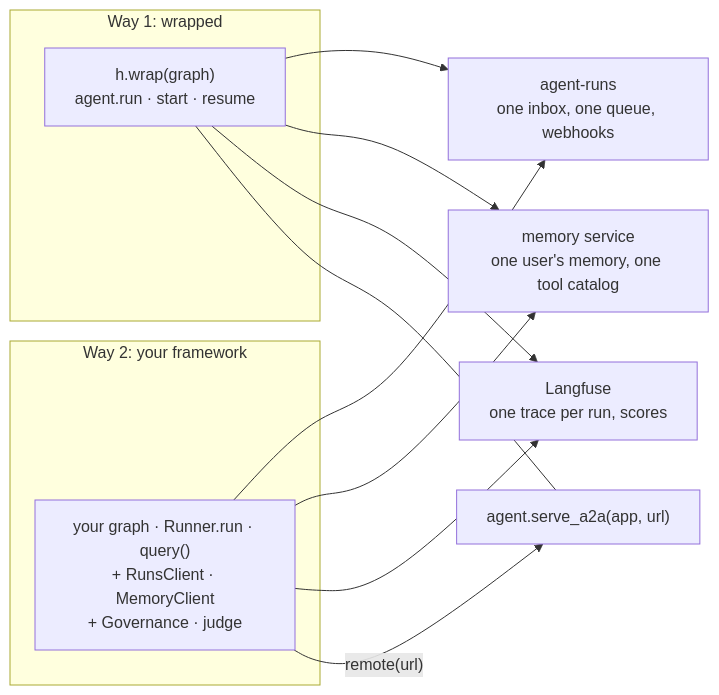
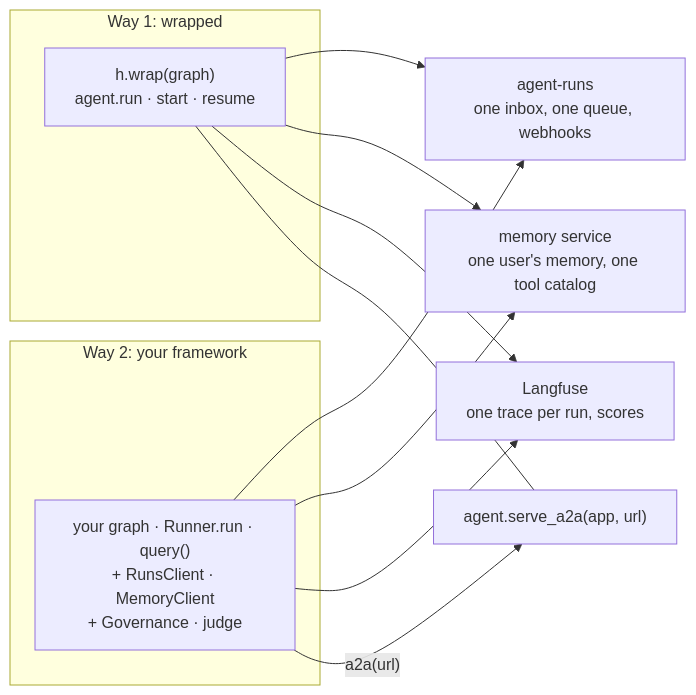
Before and after one commit to amitmohapatra/agent-harness: the diagram in docs/blocks/mixing.md, drawn with Mermaid. The commit also changed other lines of this file and 244 other files, not shown here.

````diff
--- a/docs/blocks/mixing.md
+++ b/docs/blocks/mixing.md
@@ -9,17 +9,17 @@
 ```mermaid
 flowchart LR
   subgraph w1["Way 1: wrapped"]
     wrapped["h.wrap(graph)<br/>agent.run · start · resume"]
   end
   subgraph w2["Way 2: your framework"]
     own["your graph · Runner.run · query()<br/>+ RunsClient · MemoryClient<br/>+ Governance · judge"]
   end
   wrapped --> runs["agent-runs<br/>one inbox, one queue, webhooks"]
   own --> runs
   wrapped --> memory["memory service<br/>one user's memory, one tool catalog"]
   own --> memory
   wrapped --> lf["Langfuse<br/>one trace per run, scores"]
   own --> lf
-  own -- "remote(url)" --> served["agent.serve_a2a(app, url)"]
+  own -- "a2a(url)" --> served["agent.serve_a2a(app, url)"]
   wrapped --- served
 ```
````
